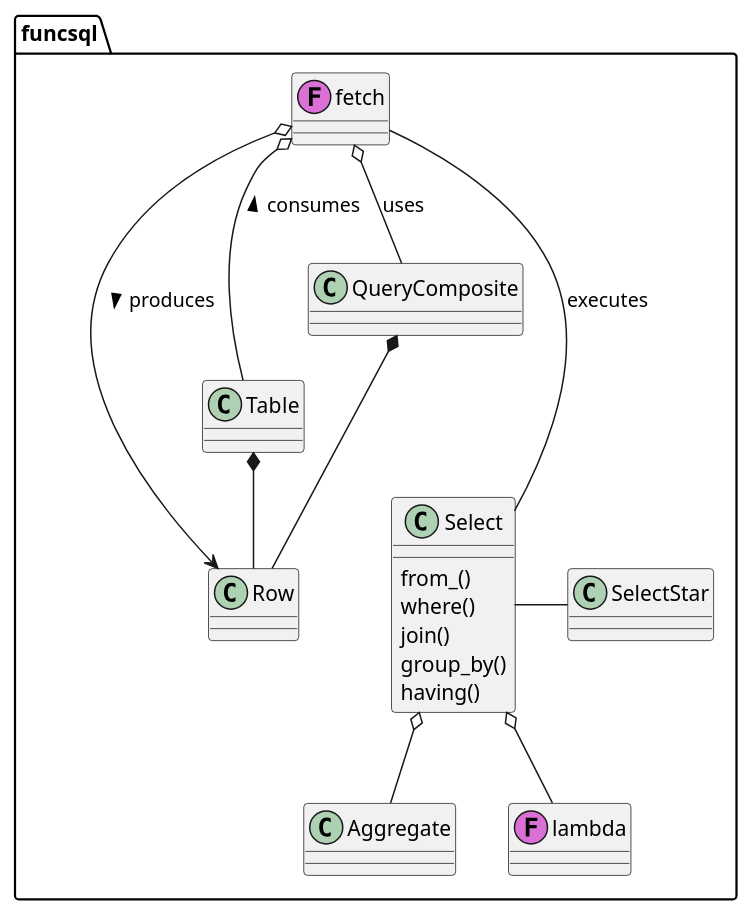
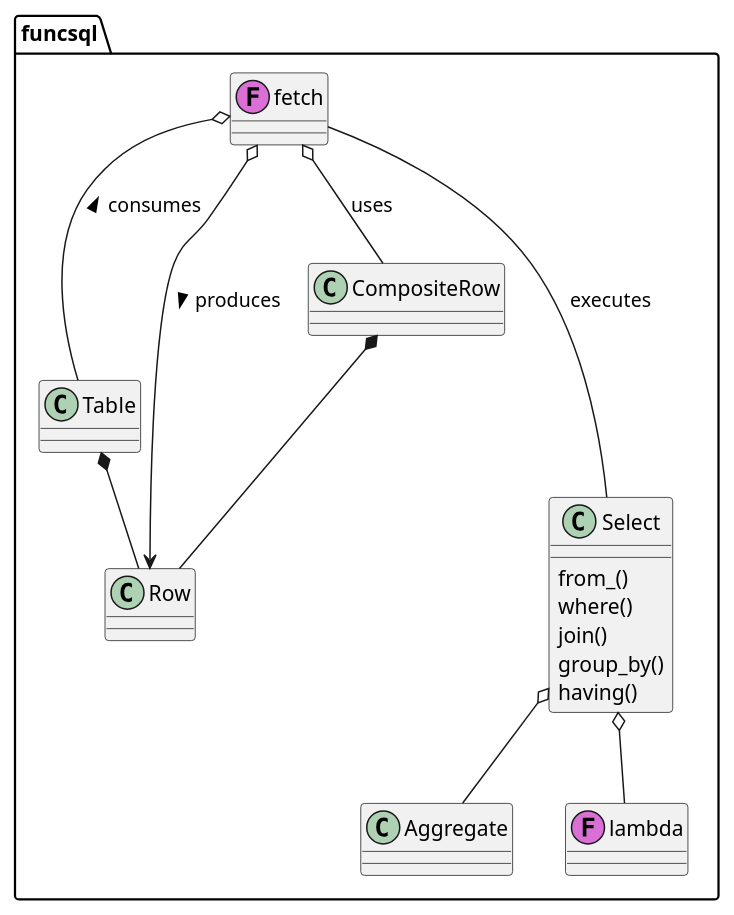
The diagram in docs/funcsql.rst (slott56/functional-SQL), drawn with PlantUML before and after one commit. The commit also changed other lines of this file and 48 other files, not shown here.

```diff
--- a/docs/funcsql.rst
+++ b/docs/funcsql.rst
@@ -9,39 +9,37 @@
 ..  uml::
 
     @startuml
 
     package funcsql {
 
         class Table
         class Row
 
         Table *- Row : produces
 
-        class QueryComposite
+        class CompositeRow
 
-        QueryComposite *-- Row
+        CompositeRow *-- Row
 
         class Select {
             from_()
             where()
             join()
             group_by()
             having()
         }
 
         class Aggregate
-        class SelectStar
         class lambda << (F,orchid) >>
 
         Select o-- Aggregate
-        Select - SelectStar
         Select o-- lambda
 
         class fetch << (F,orchid) >>
 
         fetch --- Select : executes
         fetch o--> Row : > produces
         fetch o-- Table : < consumes
-        fetch o-- QueryComposite : uses
+        fetch o-- CompositeRow : uses
 
     }
```
